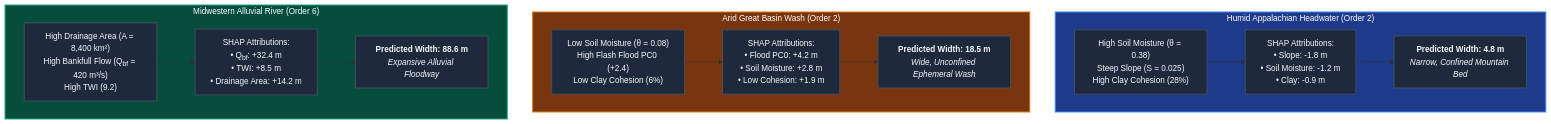
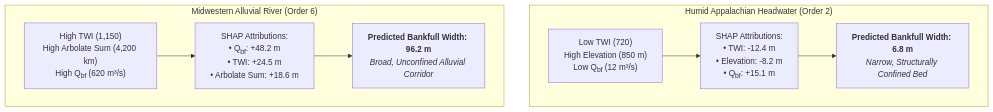
Before and after one commit to arashmodrad/ml_web: the third of 3 diagrams in docs/v1.0/tw/xai.md, drawn with Mermaid. The commit also changed other lines of this file and 40 other files, not shown here.

````diff
--- a/docs/v1.0/tw/xai.md
+++ b/docs/v1.0/tw/xai.md
@@ -131,31 +138,25 @@
 ```mermaid
 flowchart TD
     subgraph APPALACHIAN ["Humid Appalachian Headwater (Order 2)"]
-        A_IN["High Soil Moisture (&theta; = 0.38)<br/>Steep Slope (S = 0.025)<br/>High Clay Cohesion (28%)"]
-        A_SHAP["SHAP Attributions:<br/>&bull; Slope: -1.8 m<br/>&bull; Soil Moisture: -1.2 m<br/>&bull; Clay: -0.9 m"]
-        A_OUT["<b>Predicted Width: 4.8 m</b><br/><i>Narrow, Confined Mountain Bed</i>"]
+        A_IN["Low TWI (720)<br/>High Elevation (850 m)<br/>Low Q<sub>bf</sub> (12 m&sup3;/s)"]
+        A_SHAP["SHAP Attributions:<br/>&bull; TWI: -12.4 m<br/>&bull; Elevation: -8.2 m<br/>&bull; Q<sub>bf</sub>: +15.1 m"]
+        A_OUT["<b>Predicted Bankfull Width: 6.8 m</b><br/><i>Narrow, Structurally Confined Bed</i>"]
         A_IN --> A_SHAP --> A_OUT
     end
 
-    subgraph DESERT ["Arid Great Basin Wash (Order 2)"]
-        D_IN["Low Soil Moisture (&theta; = 0.08)<br/>High Flash Flood PC0 (+2.4)<br/>Low Clay Cohesion (6%)"]
-        D_SHAP["SHAP Attributions:<br/>&bull; Flood PC0: +4.2 m<br/>&bull; Soil Moisture: +2.8 m<br/>&bull; Low Cohesion: +1.9 m"]
-        D_OUT["<b>Predicted Width: 18.5 m</b><br/><i>Wide, Unconfined Ephemeral Wash</i>"]
-        D_IN --> D_SHAP --> D_OUT
-    end
-
     subgraph MIDWEST ["Midwestern Alluvial River (Order 6)"]
-        M_IN["High Drainage Area (A = 8,400 km&sup2;)<br/>High Bankfull Flow (Q<sub>bf</sub> = 420 m&sup3;/s)<br/>High TWI (9.2)"]
-        M_SHAP["SHAP Attributions:<br/>&bull; Q<sub>bf</sub>: +32.4 m<br/>&bull; TWI: +8.5 m<br/>&bull; Drainage Area: +14.2 m"]
-        M_OUT["<b>Predicted Width: 88.6 m</b><br/><i>Expansive Alluvial Floodway</i>"]
+        M_IN["High TWI (1,150)<br/>High Arbolate Sum (4,200 km)<br/>High Q<sub>bf</sub> (620 m&sup3;/s)"]
+        M_SHAP["SHAP Attributions:<br/>&bull; Q<sub>bf</sub>: +48.2 m<br/>&bull; TWI: +24.5 m<br/>&bull; Arbolate Sum: +18.6 m"]
+        M_OUT["<b>Predicted Bankfull Width: 96.2 m</b><br/><i>Broad, Unconfined Alluvial Corridor</i>"]
         M_IN --> M_SHAP --> M_OUT
     end
 
-    classDef default fill:#1e293b,stroke:#475569,stroke-width:1.5px,color:#f8fafc;
-    classDef card1 fill:#1e3a8a,stroke:#3b82f6,stroke-width:2px,color:#ffffff;
-    classDef card2 fill:#78350f,stroke:#d97706,stroke-width:2px,color:#ffffff;
-    classDef card3 fill:#064e3b,stroke:#059669,stroke-width:2px,color:#ffffff;
-    class APPALACHIAN card1;
-    class DESERT card2;
-    class MIDWEST card3;
+    class APPALACHIAN highlight-blue;
+    class MIDWEST highlight-teal;
+    class A_IN highlight-blue;
+    class A_SHAP highlight-blue;
+    class A_OUT highlight-blue;
+    class M_IN highlight-teal;
+    class M_SHAP highlight-teal;
+    class M_OUT highlight-teal;
 ```
````
